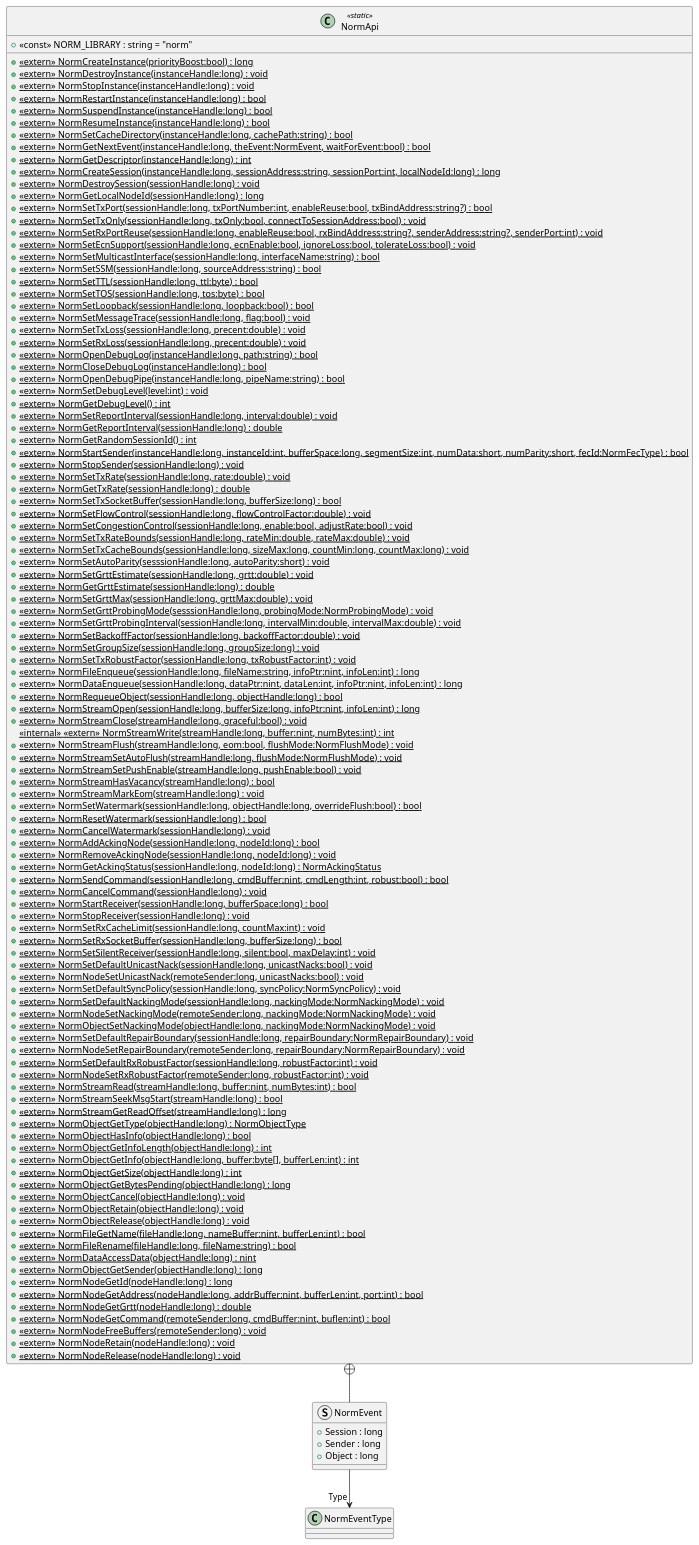
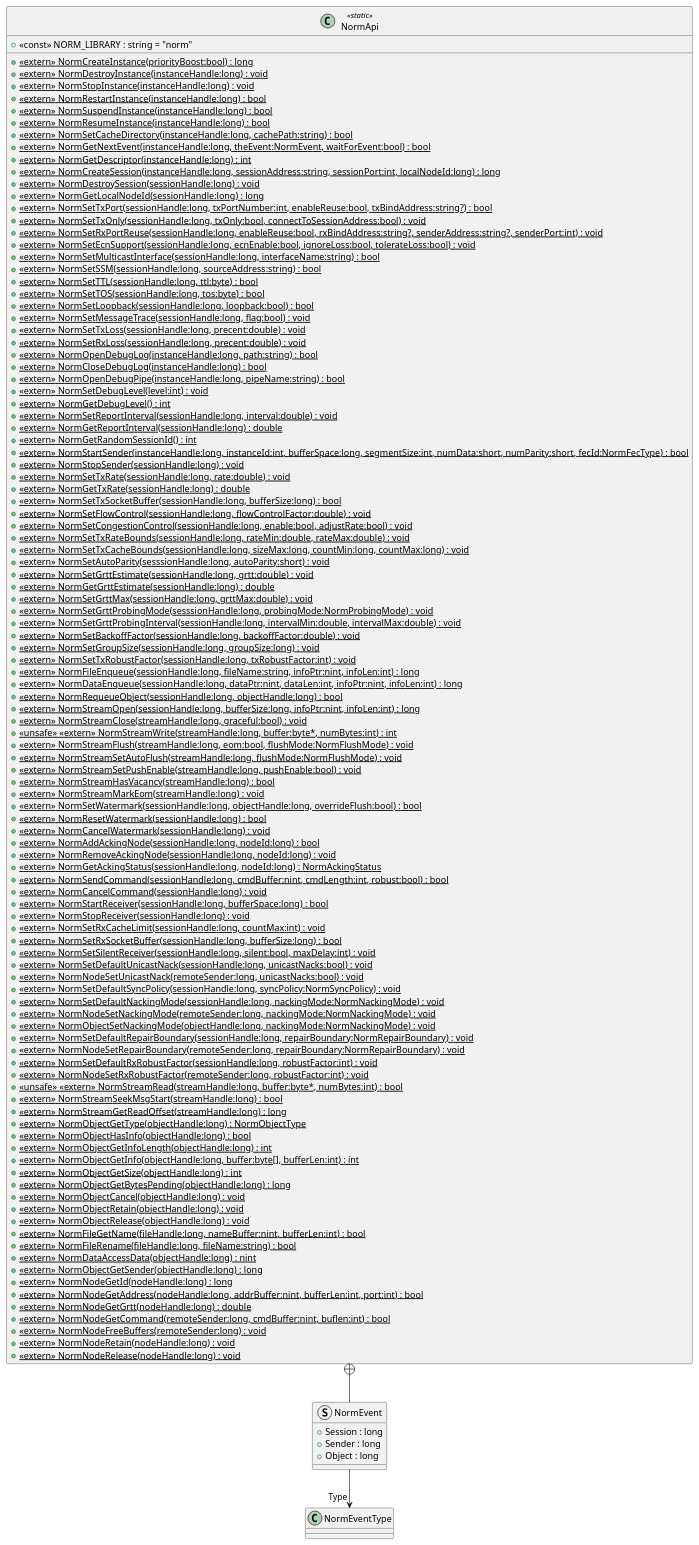
One commit to USNavalResearchLaboratory/norm changed the diagram in src/dotnet/design/Mil/Navy/Nrl/Norm/NormApi.puml. Above: the diagram before and after it, drawn with PlantUML. The commit also changed 2 other files, not shown here.

Commit message:
NormStream Refactor
* Updated NormStream Write to use fixed statement

* Updated NormStream Read to use fixed statement

* Updated design

```diff
--- a/src/dotnet/design/Mil/Navy/Nrl/Norm/NormApi.puml
+++ b/src/dotnet/design/Mil/Navy/Nrl/Norm/NormApi.puml
@@ -1,119 +1,119 @@
 @startuml
 class NormApi <<static>> {
     + <<const>> NORM_LIBRARY : string = "norm"
     + {static} <<extern>> NormCreateInstance(priorityBoost:bool) : long
     + {static} <<extern>> NormDestroyInstance(instanceHandle:long) : void
     + {static} <<extern>> NormStopInstance(instanceHandle:long) : void
     + {static} <<extern>> NormRestartInstance(instanceHandle:long) : bool
     + {static} <<extern>> NormSuspendInstance(instanceHandle:long) : bool
     + {static} <<extern>> NormResumeInstance(instanceHandle:long) : bool
     + {static} <<extern>> NormSetCacheDirectory(instanceHandle:long, cachePath:string) : bool
     + {static} <<extern>> NormGetNextEvent(instanceHandle:long, theEvent:NormEvent, waitForEvent:bool) : bool
     + {static} <<extern>> NormGetDescriptor(instanceHandle:long) : int
     + {static} <<extern>> NormCreateSession(instanceHandle:long, sessionAddress:string, sessionPort:int, localNodeId:long) : long
     + {static} <<extern>> NormDestroySession(sessionHandle:long) : void
     + {static} <<extern>> NormGetLocalNodeId(sessionHandle:long) : long
     + {static} <<extern>> NormSetTxPort(sessionHandle:long, txPortNumber:int, enableReuse:bool, txBindAddress:string?) : bool
     + {static} <<extern>> NormSetTxOnly(sessionHandle:long, txOnly:bool, connectToSessionAddress:bool) : void
     + {static} <<extern>> NormSetRxPortReuse(sessionHandle:long, enableReuse:bool, rxBindAddress:string?, senderAddress:string?, senderPort:int) : void
     + {static} <<extern>> NormSetEcnSupport(sessionHandle:long, ecnEnable:bool, ignoreLoss:bool, tolerateLoss:bool) : void
     + {static} <<extern>> NormSetMulticastInterface(sessionHandle:long, interfaceName:string) : bool
     + {static} <<extern>> NormSetSSM(sessionHandle:long, sourceAddress:string) : bool
     + {static} <<extern>> NormSetTTL(sessionHandle:long, ttl:byte) : bool
     + {static} <<extern>> NormSetTOS(sessionHandle:long, tos:byte) : bool
     + {static} <<extern>> NormSetLoopback(sessionHandle:long, loopback:bool) : bool
     + {static} <<extern>> NormSetMessageTrace(sessionHandle:long, flag:bool) : void
     + {static} <<extern>> NormSetTxLoss(sessionHandle:long, precent:double) : void
     + {static} <<extern>> NormSetRxLoss(sessionHandle:long, precent:double) : void
     + {static} <<extern>> NormOpenDebugLog(instanceHandle:long, path:string) : bool
     + {static} <<extern>> NormCloseDebugLog(instanceHandle:long) : bool
     + {static} <<extern>> NormOpenDebugPipe(instanceHandle:long, pipeName:string) : bool
     + {static} <<extern>> NormSetDebugLevel(level:int) : void
     + {static} <<extern>> NormGetDebugLevel() : int
     + {static} <<extern>> NormSetReportInterval(sessionHandle:long, interval:double) : void
     + {static} <<extern>> NormGetReportInterval(sessionHandle:long) : double
     + {static} <<extern>> NormGetRandomSessionId() : int
     + {static} <<extern>> NormStartSender(instanceHandle:long, instanceId:int, bufferSpace:long, segmentSize:int, numData:short, numParity:short, fecId:NormFecType) : bool
     + {static} <<extern>> NormStopSender(sessionHandle:long) : void
     + {static} <<extern>> NormSetTxRate(sessionHandle:long, rate:double) : void
     + {static} <<extern>> NormGetTxRate(sessionHandle:long) : double
     + {static} <<extern>> NormSetTxSocketBuffer(sessionHandle:long, bufferSize:long) : bool
     + {static} <<extern>> NormSetFlowControl(sessionHandle:long, flowControlFactor:double) : void
     + {static} <<extern>> NormSetCongestionControl(sessionHandle:long, enable:bool, adjustRate:bool) : void
     + {static} <<extern>> NormSetTxRateBounds(sessionHandle:long, rateMin:double, rateMax:double) : void
     + {static} <<extern>> NormSetTxCacheBounds(sessionHandle:long, sizeMax:long, countMin:long, countMax:long) : void
     + {static} <<extern>> NormSetAutoParity(sesssionHandle:long, autoParity:short) : void
     + {static} <<extern>> NormSetGrttEstimate(sessionHandle:long, grtt:double) : void
     + {static} <<extern>> NormGetGrttEstimate(sessionHandle:long) : double
     + {static} <<extern>> NormSetGrttMax(sessionHandle:long, grttMax:double) : void
     + {static} <<extern>> NormSetGrttProbingMode(sesssionHandle:long, probingMode:NormProbingMode) : void
     + {static} <<extern>> NormSetGrttProbingInterval(sessionHandle:long, intervalMin:double, intervalMax:double) : void
     + {static} <<extern>> NormSetBackoffFactor(sessionHandle:long, backoffFactor:double) : void
     + {static} <<extern>> NormSetGroupSize(sessionHandle:long, groupSize:long) : void
     + {static} <<extern>> NormSetTxRobustFactor(sessionHandle:long, txRobustFactor:int) : void
     + {static} <<extern>> NormFileEnqueue(sessionHandle:long, fileName:string, infoPtr:nint, infoLen:int) : long
     + {static} <<extern>> NormDataEnqueue(sessionHandle:long, dataPtr:nint, dataLen:int, infoPtr:nint, infoLen:int) : long
     + {static} <<extern>> NormRequeueObject(sessionHandle:long, objectHandle:long) : bool
     + {static} <<extern>> NormStreamOpen(sessionHandle:long, bufferSize:long, infoPtr:nint, infoLen:int) : long
     + {static} <<extern>> NormStreamClose(streamHandle:long, graceful:bool) : void
-    <<internal>> {static} <<extern>> NormStreamWrite(streamHandle:long, buffer:nint, numBytes:int) : int
+    + <<unsafe>> {static} <<extern>> NormStreamWrite(streamHandle:long, buffer:byte*, numBytes:int) : int
     + {static} <<extern>> NormStreamFlush(streamHandle:long, eom:bool, flushMode:NormFlushMode) : void
     + {static} <<extern>> NormStreamSetAutoFlush(streamHandle:long, flushMode:NormFlushMode) : void
     + {static} <<extern>> NormStreamSetPushEnable(streamHandle:long, pushEnable:bool) : void
     + {static} <<extern>> NormStreamHasVacancy(streamHandle:long) : bool
     + {static} <<extern>> NormStreamMarkEom(streamHandle:long) : void
     + {static} <<extern>> NormSetWatermark(sessionHandle:long, objectHandle:long, overrideFlush:bool) : bool
     + {static} <<extern>> NormResetWatermark(sessionHandle:long) : bool
     + {static} <<extern>> NormCancelWatermark(sessionHandle:long) : void
     + {static} <<extern>> NormAddAckingNode(sessionHandle:long, nodeId:long) : bool
     + {static} <<extern>> NormRemoveAckingNode(sessionHandle:long, nodeId:long) : void
     + {static} <<extern>> NormGetAckingStatus(sessionHandle:long, nodeId:long) : NormAckingStatus
     + {static} <<extern>> NormSendCommand(sessionHandle:long, cmdBuffer:nint, cmdLength:int, robust:bool) : bool
     + {static} <<extern>> NormCancelCommand(sessionHandle:long) : void
     + {static} <<extern>> NormStartReceiver(sessionHandle:long, bufferSpace:long) : bool
     + {static} <<extern>> NormStopReceiver(sessionHandle:long) : void
     + {static} <<extern>> NormSetRxCacheLimit(sessionHandle:long, countMax:int) : void
     + {static} <<extern>> NormSetRxSocketBuffer(sessionHandle:long, bufferSize:long) : bool
     + {static} <<extern>> NormSetSilentReceiver(sessionHandle:long, silent:bool, maxDelay:int) : void
     + {static} <<extern>> NormSetDefaultUnicastNack(sessionHandle:long, unicastNacks:bool) : void
     + {static} <<extern>> NormNodeSetUnicastNack(remoteSender:long, unicastNacks:bool) : void
     + {static} <<extern>> NormSetDefaultSyncPolicy(sessionHandle:long, syncPolicy:NormSyncPolicy) : void
     + {static} <<extern>> NormSetDefaultNackingMode(sessionHandle:long, nackingMode:NormNackingMode) : void
     + {static} <<extern>> NormNodeSetNackingMode(remoteSender:long, nackingMode:NormNackingMode) : void
     + {static} <<extern>> NormObjectSetNackingMode(objectHandle:long, nackingMode:NormNackingMode) : void
     + {static} <<extern>> NormSetDefaultRepairBoundary(sessionHandle:long, repairBoundary:NormRepairBoundary) : void
     + {static} <<extern>> NormNodeSetRepairBoundary(remoteSender:long, repairBoundary:NormRepairBoundary) : void
     + {static} <<extern>> NormSetDefaultRxRobustFactor(sessionHandle:long, robustFactor:int) : void
     + {static} <<extern>> NormNodeSetRxRobustFactor(remoteSender:long, robustFactor:int) : void
-    + {static} <<extern>> NormStreamRead(streamHandle:long, buffer:nint, numBytes:int) : bool
+    + <<unsafe>> {static} <<extern>> NormStreamRead(streamHandle:long, buffer:byte*, numBytes:int) : bool
     + {static} <<extern>> NormStreamSeekMsgStart(streamHandle:long) : bool
     + {static} <<extern>> NormStreamGetReadOffset(streamHandle:long) : long
     + {static} <<extern>> NormObjectGetType(objectHandle:long) : NormObjectType
     + {static} <<extern>> NormObjectHasInfo(objectHandle:long) : bool
     + {static} <<extern>> NormObjectGetInfoLength(objectHandle:long) : int
     + {static} <<extern>> NormObjectGetInfo(objectHandle:long, buffer:byte[], bufferLen:int) : int
     + {static} <<extern>> NormObjectGetSize(objectHandle:long) : int
     + {static} <<extern>> NormObjectGetBytesPending(objectHandle:long) : long
     + {static} <<extern>> NormObjectCancel(objectHandle:long) : void
     + {static} <<extern>> NormObjectRetain(objectHandle:long) : void
     + {static} <<extern>> NormObjectRelease(objectHandle:long) : void
     + {static} <<extern>> NormFileGetName(fileHandle:long, nameBuffer:nint, bufferLen:int) : bool
     + {static} <<extern>> NormFileRename(fileHandle:long, fileName:string) : bool
     + {static} <<extern>> NormDataAccessData(objectHandle:long) : nint
     + {static} <<extern>> NormObjectGetSender(objectHandle:long) : long
     + {static} <<extern>> NormNodeGetId(nodeHandle:long) : long
     + {static} <<extern>> NormNodeGetAddress(nodeHandle:long, addrBuffer:nint, bufferLen:int, port:int) : bool
     + {static} <<extern>> NormNodeGetGrtt(nodeHandle:long) : double
     + {static} <<extern>> NormNodeGetCommand(remoteSender:long, cmdBuffer:nint, buflen:int) : bool
     + {static} <<extern>> NormNodeFreeBuffers(remoteSender:long) : void
     + {static} <<extern>> NormNodeRetain(nodeHandle:long) : void
     + {static} <<extern>> NormNodeRelease(nodeHandle:long) : void
 }
 struct NormEvent {
     + Session : long
     + Sender : long
     + Object : long
 }
 NormApi +-- NormEvent
 NormEvent --> "Type" NormEventType
 @enduml
```
